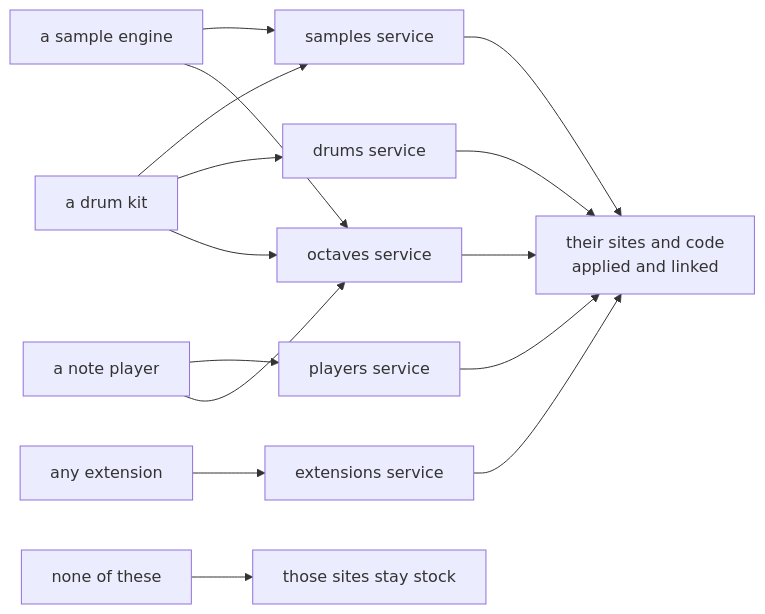
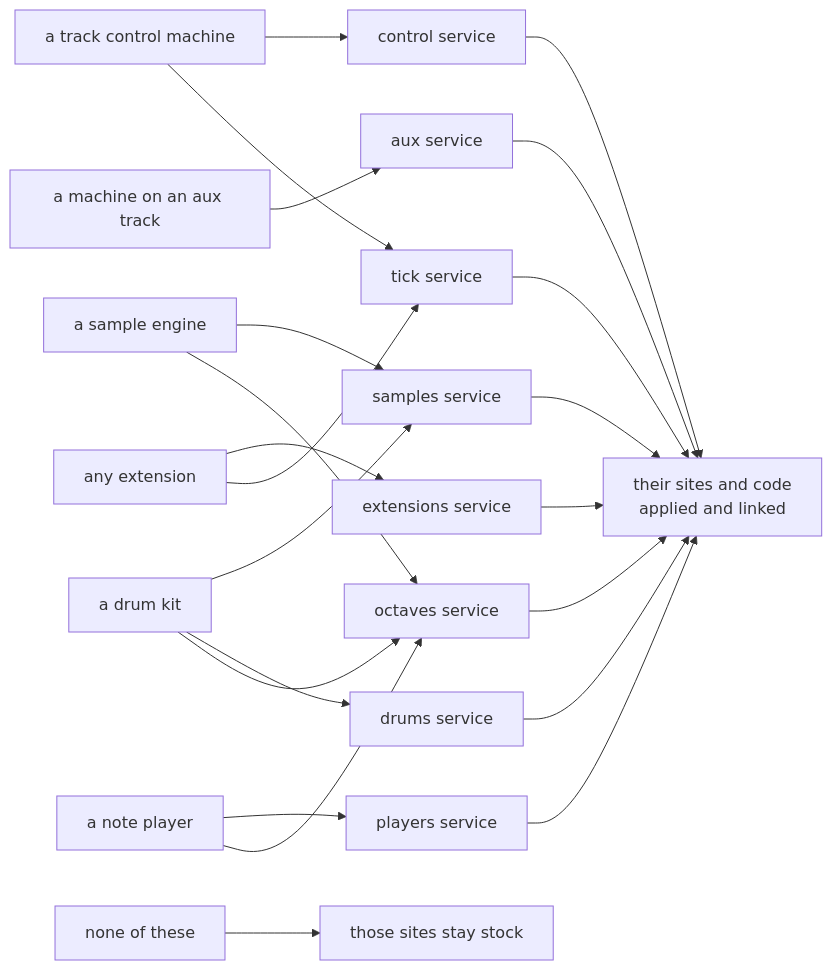
The third of 5 diagrams in docs/architecture.md (blen2r/open-xy), drawn with Mermaid before and after one commit. The commit also changed other lines of this file and 22 other files, not shown here.

First line of the commit message:
A shared GUI tick: the tick service, for track control and extensions

````diff
--- a/docs/architecture.md
+++ b/docs/architecture.md
@@ -110,9 +111,11 @@
 ```mermaid
 flowchart LR
+    tc["a track control machine"] --> control["control service"] & tick["tick service"]
+    ax["a machine on an aux track"] --> aux["aux service"]
     s["a sample engine"] --> samples["samples service"] & octaves["octaves service"]
     d["a drum kit"] --> samples & drums["drums service"] & octaves
     p["a note player"] --> players["players service"] & octaves
-    e["any extension"] --> ext["extensions service"]
-    samples & drums & players & octaves & ext --> edits["their sites and code<br/>applied and linked"]
+    e["any extension"] --> ext["extensions service"] & tick
+    control & tick & aux & samples & drums & players & octaves & ext --> edits["their sites and code<br/>applied and linked"]
     none["none of these"] --> stockonly["those sites stay stock"]
 ```
````
